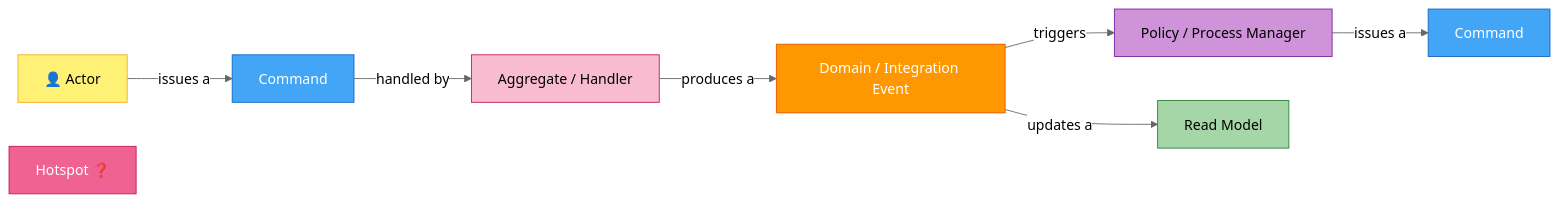
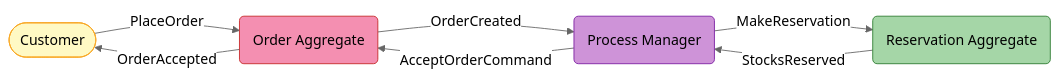
The first of 8 diagrams in Order/src/EShop.Order.API/README.md (mnnam1302/EShop), drawn with Mermaid (neutral theme) before and after one commit. The commit also changed other lines of this file and 3 other files, not shown here.

````diff
--- a/Order/src/EShop.Order.API/README.md
+++ b/Order/src/EShop.Order.API/README.md
@@ -96,18 +11,19 @@
 ```mermaid
 graph LR
-    A["👤 Actor"]:::actor -- issues a --> C["Command"]:::command
-    C -- handled by --> AGG["Aggregate / Handler"]:::aggregate
-    AGG -- produces a --> E["Domain / Integration Event"]:::event
-    E -- triggers --> P["Policy / Process Manager"]:::policy
-    P -- issues a --> C2["Command"]:::command
-    E -- updates a --> R["Read Model"]:::readmodel
-    H["Hotspot ❓"]:::hotspot
+    classDef actor   fill:#fff9c4,color:#000,stroke:#f9a825
+    classDef agg     fill:#f48fb1,color:#000,stroke:#c62828
+    classDef pm      fill:#ce93d8,color:#000,stroke:#7b1fa2
+    classDef inv     fill:#a5d6a7,color:#000,stroke:#2e7d32
 
-    classDef actor    fill:#fff176,stroke:#f9a825,color:#000
-    classDef command  fill:#42a5f5,stroke:#1565c0,color:#fff
-    classDef aggregate fill:#f8bbd0,stroke:#c2185b,color:#000
-    classDef event    fill:#ff9800,stroke:#e65100,color:#fff
-    classDef policy   fill:#ce93d8,stroke:#7b1fa2,color:#000
-    classDef readmodel fill:#a5d6a7,stroke:#2e7d32,color:#000
-    classDef hotspot  fill:#f06292,stroke:#c2185b,color:#fff
+    C([Customer]):::actor
+    OA(Order Aggregate):::agg
+    PM(Process Manager):::pm
+    RA(Reservation Aggregate):::inv
+
+    C -->|"PlaceOrder"| OA
+    OA -->|"OrderCreated"| PM
+    PM -->|"MakeReservation"| RA
+    RA -->|"StocksReserved"| PM
+    PM -->|"AcceptOrderCommand"| OA
+    OA -->|"OrderAccepted"| C
 ```
````
